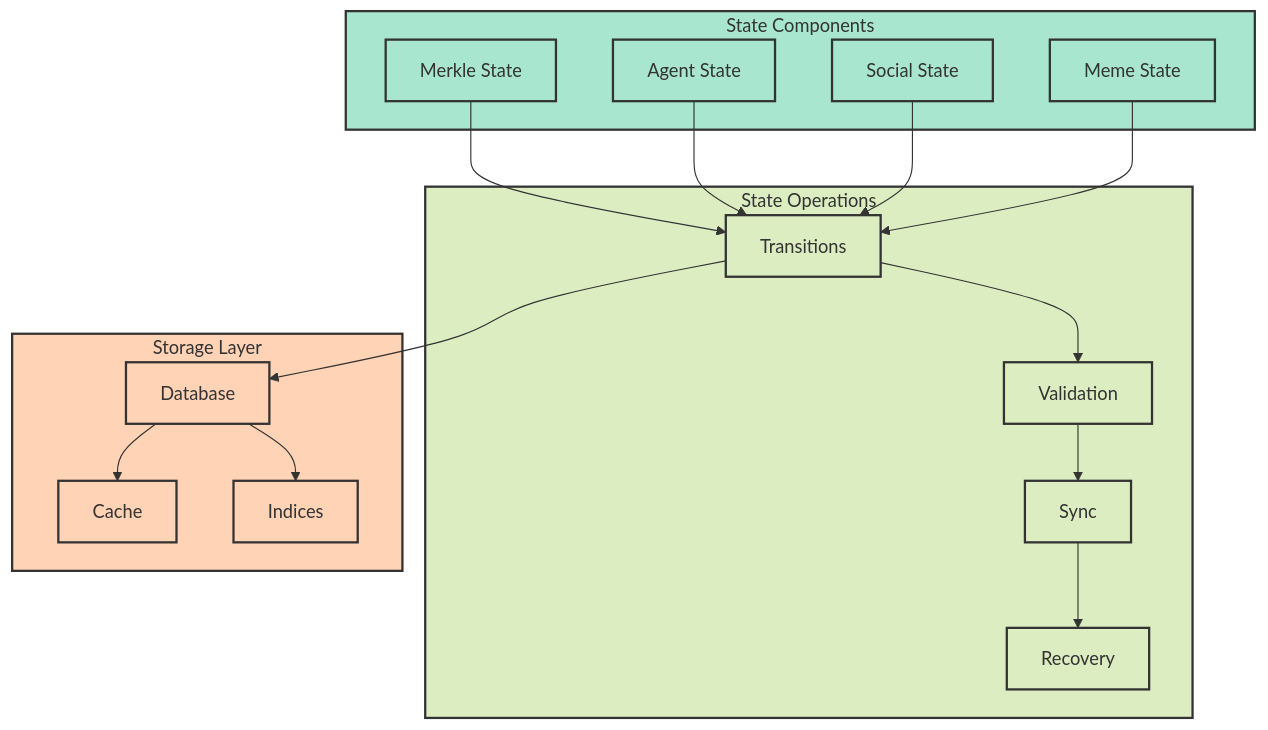
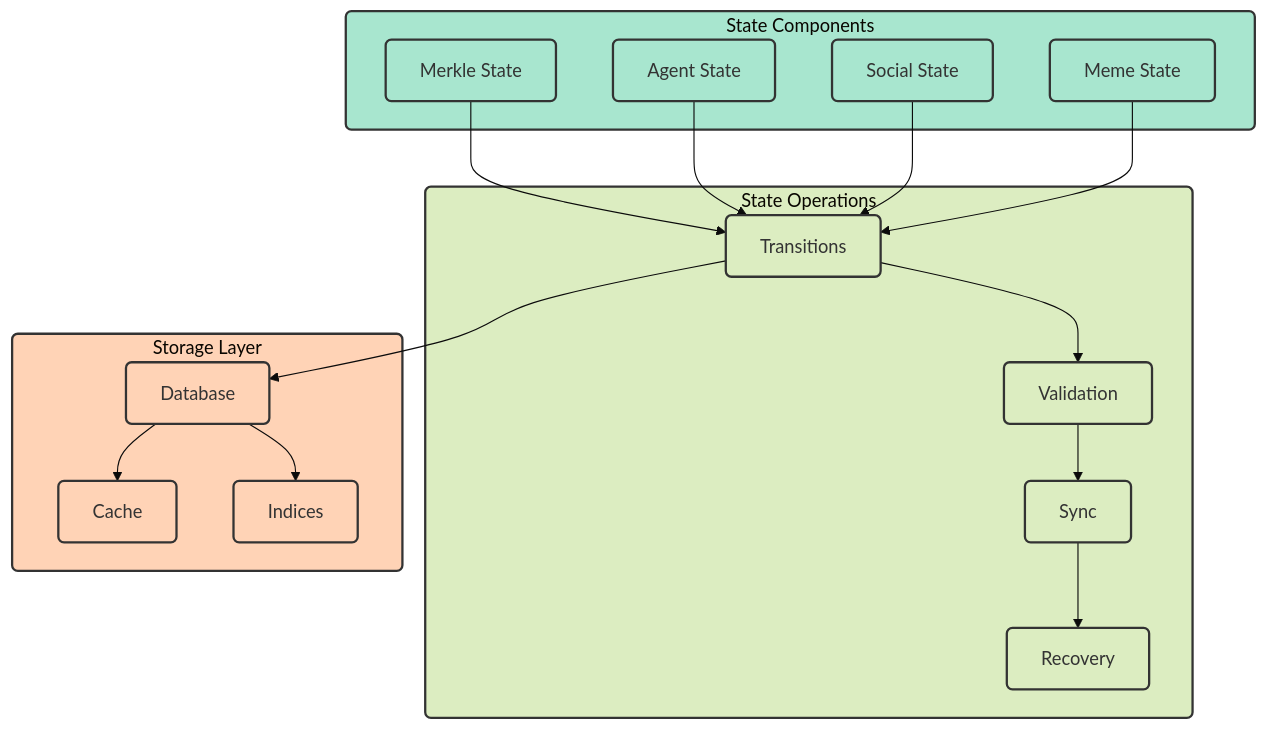
One commit to SumeetChougule/chaoschain changed the fourth of 6 diagrams in docs/introduction/architecture.md. Above: the diagram before and after it, drawn with Mermaid. The commit also changed other lines of this file, not shown here.

Commit message:
Improve System Overview diagram contrast and readability

````diff
--- a/docs/introduction/architecture.md
+++ b/docs/introduction/architecture.md
@@ -134,42 +129,43 @@
 ```mermaid
+%%{init: {'theme': 'base', 'themeVariables': { 'fontSize': '16px', 'fontFamily': 'arial' }}}%%
 flowchart TB
     subgraph State["State Components"]
         MS["Merkle State"]
         AS["Agent State"]
         SS["Social State"]
         MMS["Meme State"]
     end
     
     subgraph Ops["State Operations"]
         T["Transitions"]
         V["Validation"]
         S["Sync"]
         R["Recovery"]
     end
     
     subgraph Storage["Storage Layer"]
         DB["Database"]
         C["Cache"]
         I["Indices"]
     end
     
     MS --> T
     AS --> T
     SS --> T
     MMS --> T
     T --> V
     V --> S
     S --> R
     T --> DB
     DB --> C
     DB --> I
     
-    classDef default fill:#f8f9fa,stroke:#333,stroke-width:2px
-    classDef state fill:#a8e6cf,stroke:#333,stroke-width:2px
-    classDef ops fill:#dcedc1,stroke:#333,stroke-width:2px
-    classDef storage fill:#ffd3b6,stroke:#333,stroke-width:2px
+    classDef default fill:#f8f9fa,stroke:#333,stroke-width:2px,rx:5,ry:5
+    classDef state fill:#a8e6cf,stroke:#333,stroke-width:2px,rx:5,ry:5
+    classDef ops fill:#dcedc1,stroke:#333,stroke-width:2px,rx:5,ry:5
+    classDef storage fill:#ffd3b6,stroke:#333,stroke-width:2px,rx:5,ry:5
     
     class MS,AS,SS,MMS,State state
     class T,V,S,R,Ops ops
     class DB,C,I,Storage storage
 ```
````
